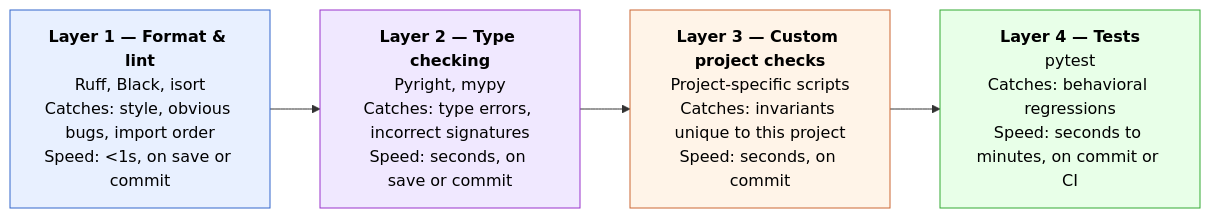
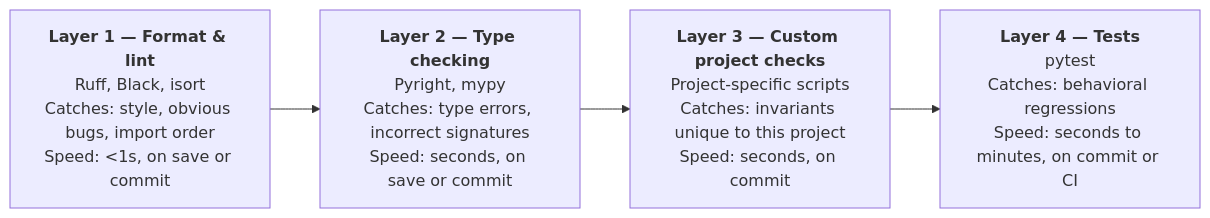
Before and after one commit to jsandino/ai-sandino: the diagram in src/content/harness-guide/05-part-3-mechanical-constraints.md, drawn with Mermaid. The commit also changed 6 other files, not shown here.

First line of the commit message:
refactor: colour the harness guide's diagrams by name

````diff
--- a/src/content/harness-guide/05-part-3-mechanical-constraints.md
+++ b/src/content/harness-guide/05-part-3-mechanical-constraints.md
@@ -53,14 +53,14 @@
 ```mermaid
 flowchart LR
     L1["<b>Layer 1 — Format &amp; lint</b><br/>Ruff, Black, isort<br/>Catches: style, obvious bugs, import order<br/>Speed: &lt;1s, on save or commit"]
     L2["<b>Layer 2 — Type checking</b><br/>Pyright, mypy<br/>Catches: type errors, incorrect signatures<br/>Speed: seconds, on save or commit"]
     L3["<b>Layer 3 — Custom project checks</b><br/>Project-specific scripts<br/>Catches: invariants unique to this project<br/>Speed: seconds, on commit"]
     L4["<b>Layer 4 — Tests</b><br/>pytest<br/>Catches: behavioral regressions<br/>Speed: seconds to minutes, on commit or CI"]
 
     L1 --> L2 --> L3 --> L4
 
-    style L1 fill:#e8f0ff,stroke:#36c,color:#000000
-    style L2 fill:#f0e8ff,stroke:#93c,color:#000000
-    style L3 fill:#fff4e8,stroke:#c63,color:#000000
-    style L4 fill:#e8ffe8,stroke:#3a3,color:#000000
+    class L1 sky
+    class L2 violet
+    class L3 amber
+    class L4 emerald
 ```
````
